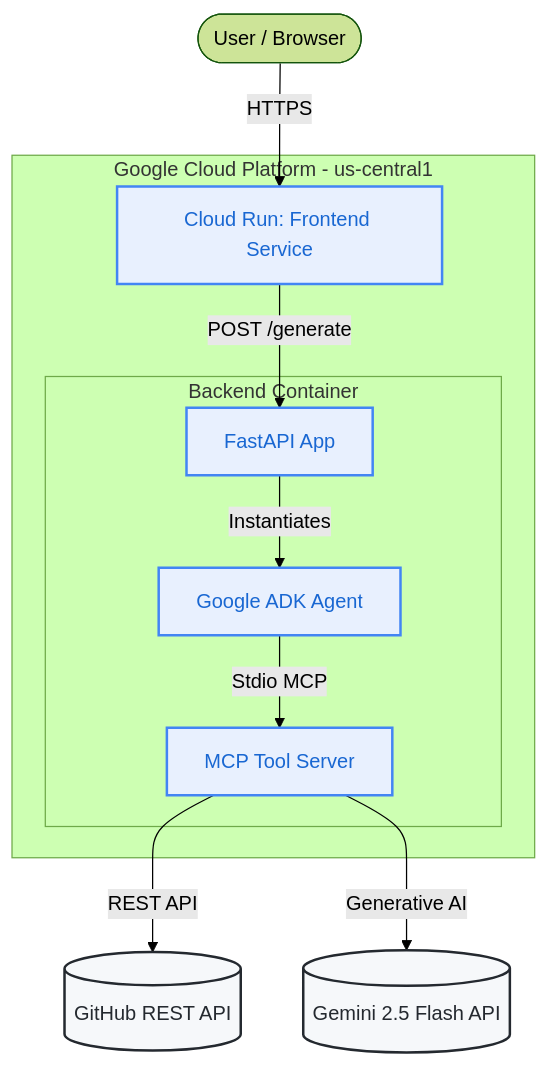
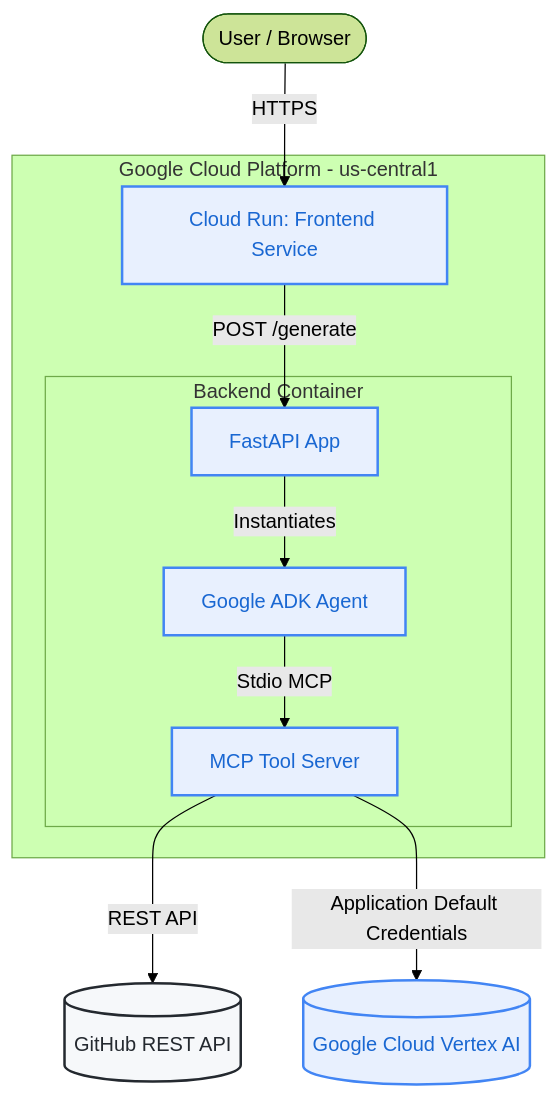
One commit to kkaustav/github-card-generator changed the diagram in README.md. Above: the diagram before and after it, drawn with Mermaid (forest theme). The commit also changed other lines of this file, not shown here.

Commit message:
docs: Update README and architecture diagram to reflect Vertex AI migration

````diff
--- a/README.md
+++ b/README.md
@@ -15,24 +15,24 @@
 ```mermaid
 graph TD
     User([User / Browser]) -->|HTTPS| Frontend[Cloud Run: Frontend Service]
     Frontend -->|POST /generate| Backend[Cloud Run: Backend Service]
     
     subgraph GCP [Google Cloud Platform - us-central1]
         Frontend
         
         subgraph Backend Container
             Backend[FastAPI App] -->|Instantiates| Agent[Google ADK Agent]
             Agent -->|Stdio MCP| MCPServer[MCP Tool Server]
         end
     end
     
     MCPServer -->|REST API| GitHubAPI[(GitHub REST API)]
-    MCPServer -->|Generative AI| GeminiAPI[(Gemini 2.5 Flash API)]
+    MCPServer -->|Application Default Credentials| VertexAI[(Google Cloud Vertex AI)]
     
     classDef gcp fill:#e8f0fe,stroke:#4285f4,stroke-width:2px,color:#1967d2
     classDef container fill:#fce8e6,stroke:#ea4335,stroke-width:2px,color:#a50e0e
     classDef external fill:#f6f8fa,stroke:#24292f,stroke-width:2px,color:#24292f
     
-    class Frontend,Backend,Agent,MCPServer gcp
-    class GitHubAPI,GeminiAPI external
+    class Frontend,Backend,Agent,MCPServer,VertexAI gcp
+    class GitHubAPI external
 ```
````
